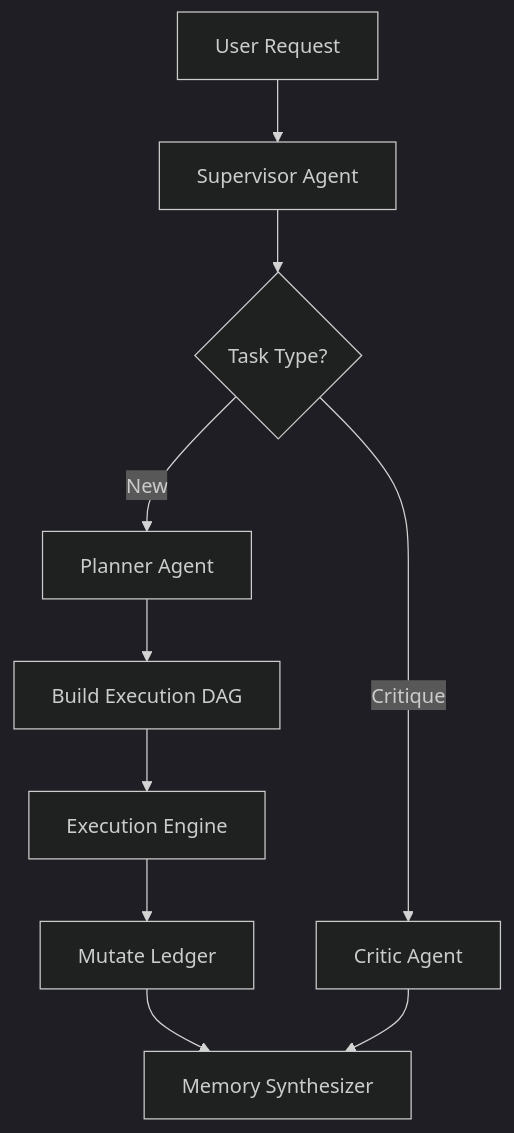
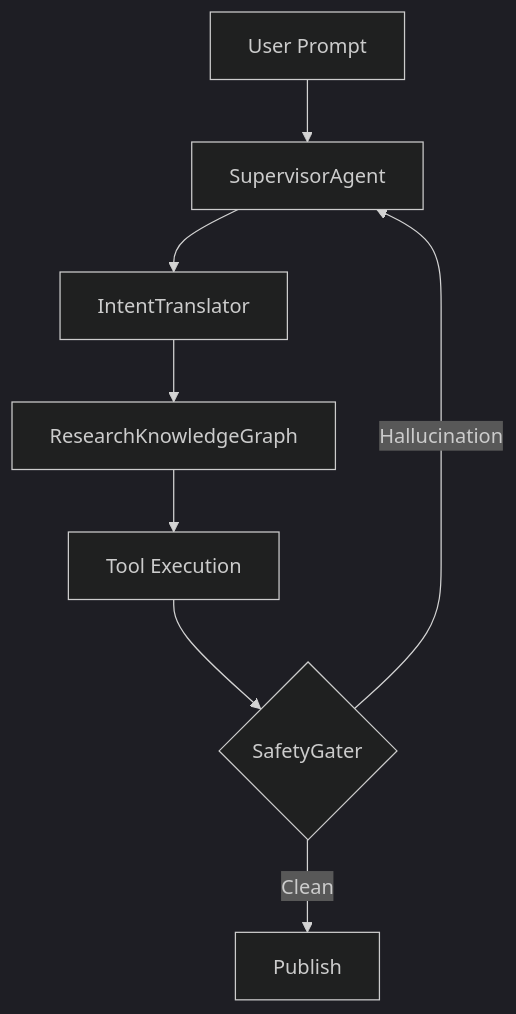
One commit to VibhavSetlur/Research_Copilot changed the diagram in docs/AI_NATIVE_WORKFLOWS.md. Above: the diagram before and after it, drawn with Mermaid (dark theme). The commit also changed other lines of this file and 367 other files, not shown here.

````diff
--- a/docs/AI_NATIVE_WORKFLOWS.md
+++ b/docs/AI_NATIVE_WORKFLOWS.md
@@ -21,12 +5,10 @@
 ```mermaid
 graph TD
-    A[User Request] --> B[Supervisor Agent]
-    B --> C{Task Type?}
-    C -->|New| D[Planner Agent]
-    C -->|Critique| E[Critic Agent]
-    D --> F[Build Execution DAG]
-    F --> G[Execution Engine]
-    G --> H[Mutate Ledger]
-    H --> I[Memory Synthesizer]
-    E --> I
+    A[User Prompt] --> B[SupervisorAgent]
+    B --> C[IntentTranslator]
+    C --> D[ResearchKnowledgeGraph]
+    D --> E[Tool Execution]
+    E --> F{SafetyGater}
+    F -->|Hallucination| B
+    F -->|Clean| G[Publish]
 ```
````
